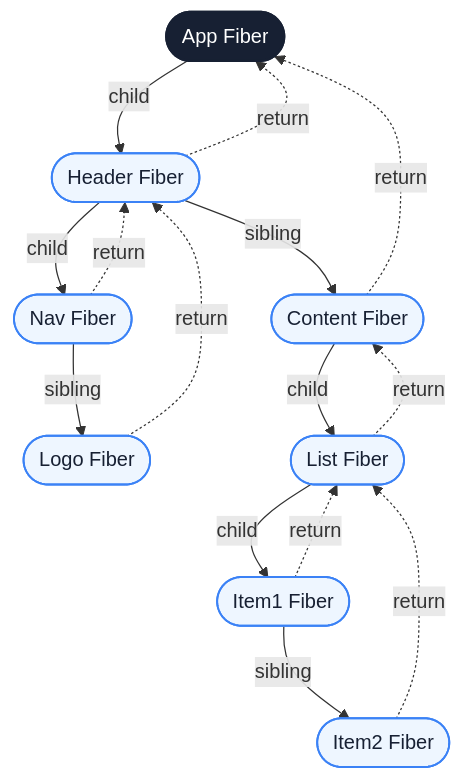
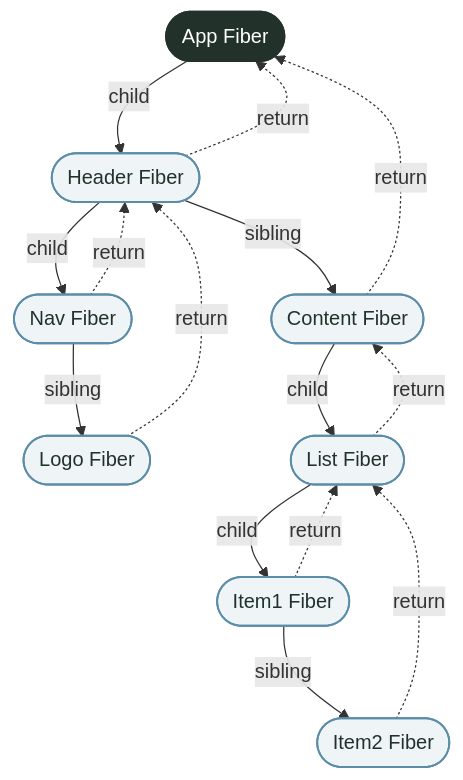
One commit to Fatejian/frontier-vault changed the second of 7 diagrams in docs/frameworks/react-fiber.md. Above: the diagram before and after it, drawn with Mermaid. The commit also changed other lines of this file and 63 other files, not shown here.

````diff
--- a/docs/frameworks/react-fiber.md
+++ b/docs/frameworks/react-fiber.md
@@ -203,32 +203,32 @@
 ```mermaid
 flowchart TB
     App(["App Fiber"])
     Header(["Header Fiber"])
     Nav(["Nav Fiber"])
     Logo(["Logo Fiber"])
     Content(["Content Fiber"])
     List(["List Fiber"])
     Item1(["Item1 Fiber"])
     Item2(["Item2 Fiber"])
 
     App -->|child| Header
     Header -->|sibling| Content
     Header -->|child| Nav
     Nav -->|sibling| Logo
     Content -->|child| List
     List -->|child| Item1
     Item1 -->|sibling| Item2
 
     Header -.->|return| App
     Content -.->|return| App
     Nav -.->|return| Header
     Logo -.->|return| Header
     List -.->|return| Content
     Item1 -.->|return| List
     Item2 -.->|return| List
 
-    classDef core fill:#172033,color:#fff,stroke:#172033,stroke-width:2px;
-    classDef wait fill:#EEF6FF,stroke:#3B82F6,color:#172033,stroke-width:1.5px;
+    classDef core fill:#22322B,color:#fff,stroke:#22322B,stroke-width:2px;
+    classDef wait fill:#EFF5F7,stroke:#5B8CA8,color:#22322B,stroke-width:1.5px;
     class App core;
     class Header,Nav,Logo,Content,List,Item1,Item2 wait;
 ```
````
